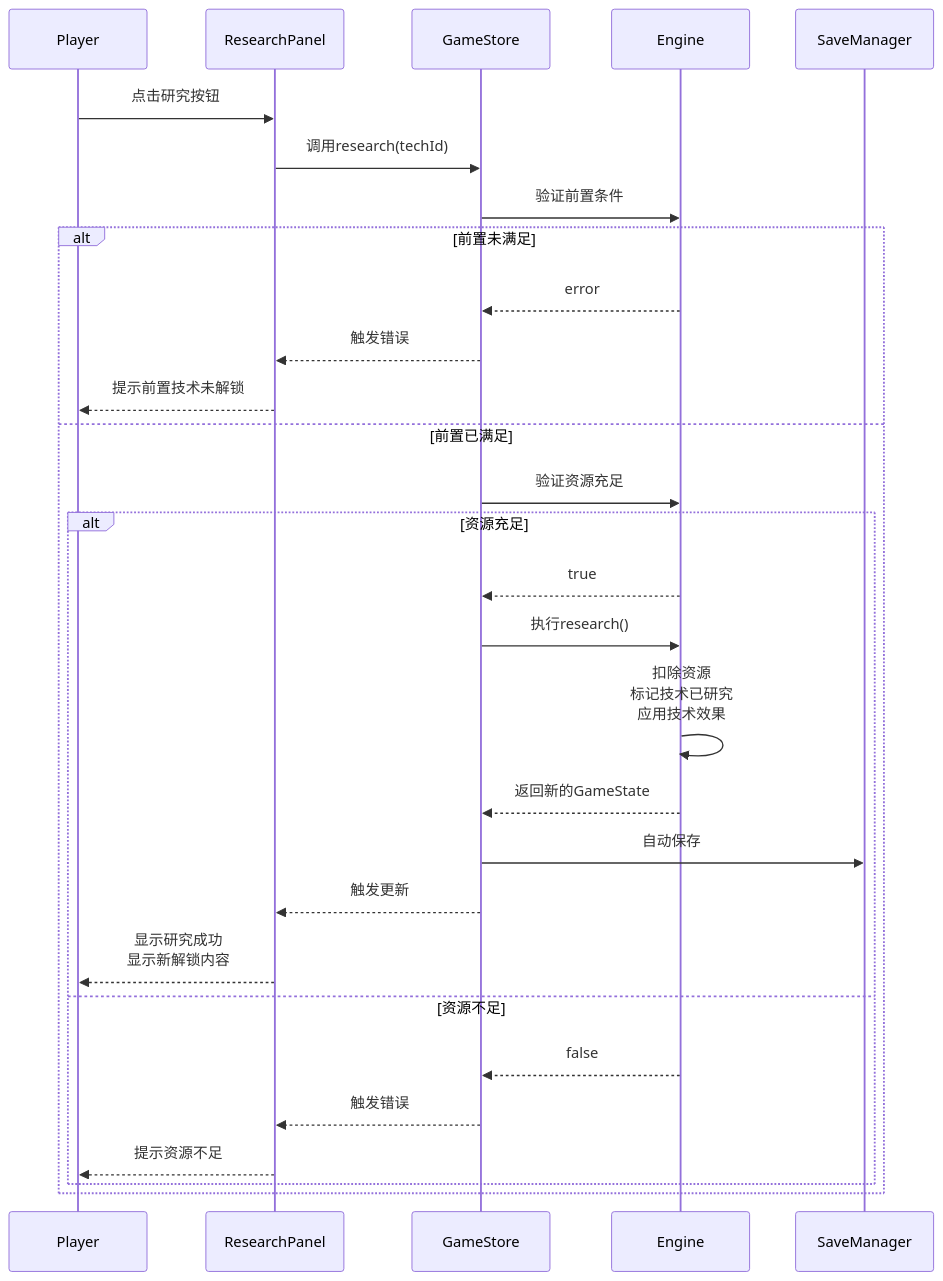
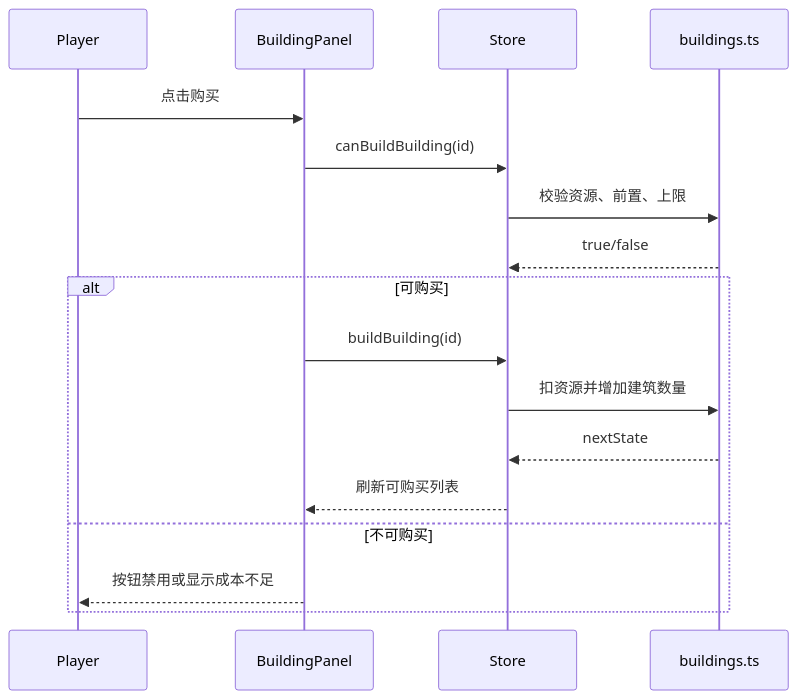
Before and after one commit to kaito387/puppies-game: the sixth of 13 diagrams in docs/02_系统建模报告.md, drawn with Mermaid. The commit also changed other lines of this file and 7 other files, not shown here.

````diff
--- a/docs/02_系统建模报告.md
+++ b/docs/02_系统建模报告.md
@@ -258,33 +238,20 @@
 ```mermaid
 sequenceDiagram
-    participant Player
-    participant UI as ResearchPanel
-    participant GameStore
-    participant Engine
-    participant SaveManager
+  participant Player
+  participant Panel as BuildingPanel
+  participant Store
+  participant Building as buildings.ts
 
-    Player->>UI: 点击研究按钮
-    UI->>GameStore: 调用research(techId)
-
-    GameStore->>Engine: 验证前置条件
-    alt 前置未满足
-        Engine-->>GameStore: error
-        GameStore-->>UI: 触发错误
-        UI-->>Player: 提示前置技术未解锁
-    else 前置已满足
-        GameStore->>Engine: 验证资源充足
-        alt 资源充足
-            Engine-->>GameStore: true
-            GameStore->>Engine: 执行research()
-            Engine->>Engine: 扣除资源<br/>标记技术已研究<br/>应用技术效果
-            Engine-->>GameStore: 返回新的GameState
-            GameStore->>SaveManager: 自动保存
-            GameStore-->>UI: 触发更新
-            UI-->>Player: 显示研究成功<br/>显示新解锁内容
-        else 资源不足
-            Engine-->>GameStore: false
-            GameStore-->>UI: 触发错误
-            UI-->>Player: 提示资源不足
-        end
-    end
+  Player->>Panel: 点击购买
+  Panel->>Store: canBuildBuilding(id)
+  Store->>Building: 校验资源、前置、上限
+  Building-->>Store: true/false
+  alt 可购买
+    Panel->>Store: buildBuilding(id)
+    Store->>Building: 扣资源并增加建筑数量
+    Building-->>Store: nextState
+    Store-->>Panel: 刷新可购买列表
+  else 不可购买
+    Panel-->>Player: 按钮禁用或显示成本不足
+  end
 ```
````
